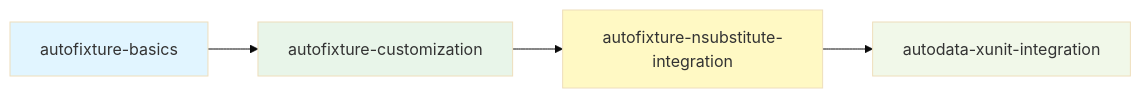
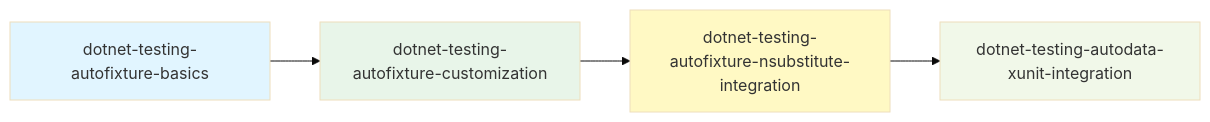
One commit to kevintsengtw/dotnet-testing-agent-skills changed the third of 4 diagrams in README.md. Above: the diagram before and after it, drawn with Mermaid (base theme). The commit also changed other lines of this file, not shown here.

````diff
--- a/README.md
+++ b/README.md
@@ -401,11 +401,11 @@
 ```mermaid
 graph LR
-    A[autofixture-basics] --> B[autofixture-customization]
-    B --> C[autofixture-nsubstitute-integration]
-    C --> D[autodata-xunit-integration]
+    A[dotnet-testing-autofixture-basics] --> B[dotnet-testing-autofixture-customization]
+    B --> C[dotnet-testing-autofixture-nsubstitute-integration]
+    C --> D[dotnet-testing-autodata-xunit-integration]
     
     style A fill:#e1f5ff
     style B fill:#e8f5e9
     style C fill:#fff9c4
     style D fill:#f1f8e9
 ```
````
